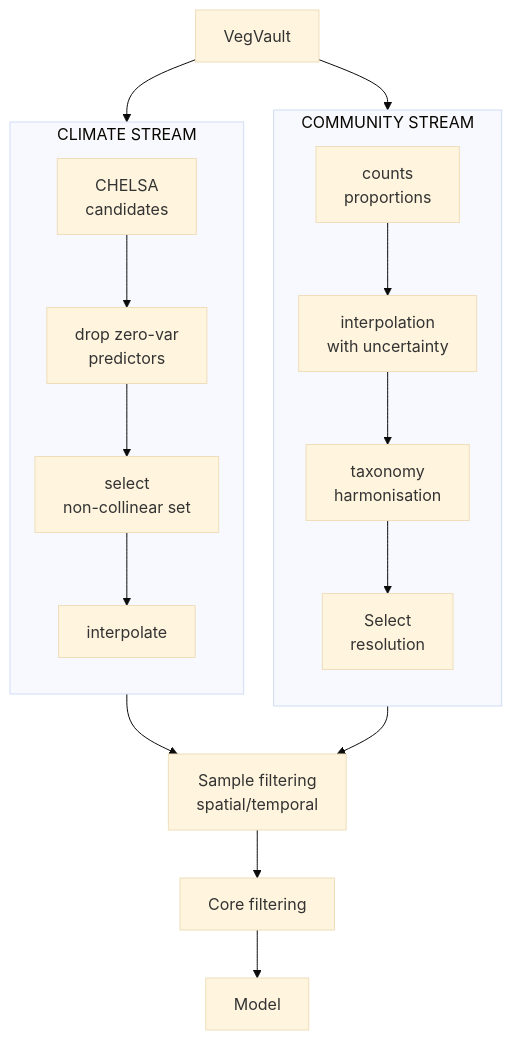
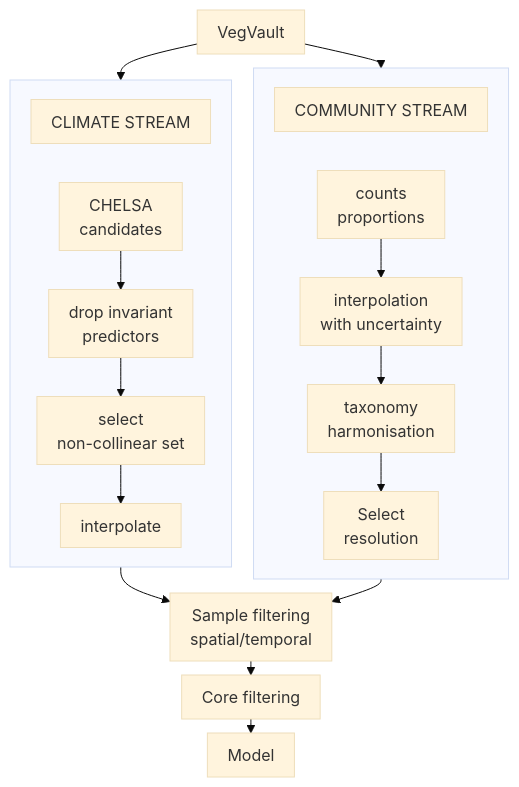
The diagram in Documentation/Presentations/IAVS_2026/index.qmd (OndrejMottl/BIODYNAMICS-vegetation-cooccurrence), drawn with Mermaid before and after one commit. The commit also changed other lines of this file and 3 other files, not shown here.

Commit message:
climate_data_summary_figure: GO back to R generated figure; update figure generation and layout adjustments

````diff
--- a/Documentation/Presentations/IAVS_2026/index.qmd
+++ b/Documentation/Presentations/IAVS_2026/index.qmd
@@ -536,53 +535,60 @@
 ```{mermaid}
 %%| label: slide05-community-climate-mermaid
+%%| eval: false
 %%{init: {
   "theme": "base",
   "flowchart": {
     "curve": "basis",
     "htmlLabels": true,
-    "nodeSpacing": 30,
-    "rankSpacing": 48,
-    "padding": 14
+    "nodeSpacing": 22,
+    "rankSpacing": 14,
+    "padding": 10
   }
 }}%%
 flowchart TB
   source["VegVault"]
 
-  subgraph community_stream [COMMUNITY STREAM]
+  subgraph community_stream [" "]
     direction TB
+    community_title["COMMUNITY STREAM"]
     community_counts["counts<br/>proportions"]
     community_age["interpolation<br/>with uncertainty"]
     community_taxa["taxonomy<br/>harmonisation"]
     community_filters["Select<br/>resolution"]
+    community_title ~~~ community_counts
     community_counts --> community_age --> community_taxa --> community_filters
   end
 
-  subgraph climate_stream [CLIMATE STREAM]
+  subgraph climate_stream [" "]
     direction TB
+    climate_title["CLIMATE STREAM"]
     climate_vars["CHELSA<br/>candidates"]
-    climate_variance["drop zero-var<br/>predictors"]
+    climate_variance["drop invariant<br/>predictors"]
     climate_screen["select<br/>non-collinear set"]
     climate_grid["interpolate"]
+    climate_title ~~~ climate_vars
     climate_vars --> climate_variance --> climate_screen --> climate_grid
   end
 
   sample_filtering["Sample filtering<br/>spatial/temporal"]
   core_filtering["Core filtering"]
 
   model["Model"]
 
   source --> community_counts
   source --> climate_vars
   community_filters --> sample_filtering
   climate_grid --> sample_filtering
 
   sample_filtering --> core_filtering
 
   core_filtering --> model
 
 
   class source,sample_filtering,core_filtering source_node
+  class community_title community_title_node
+  class climate_title climate_title_node
   class community_counts,community_age,community_taxa,community_filters community_node
   class climate_vars,climate_variance,climate_screen,climate_grid climate_node
   class model model_node
 ```
````
